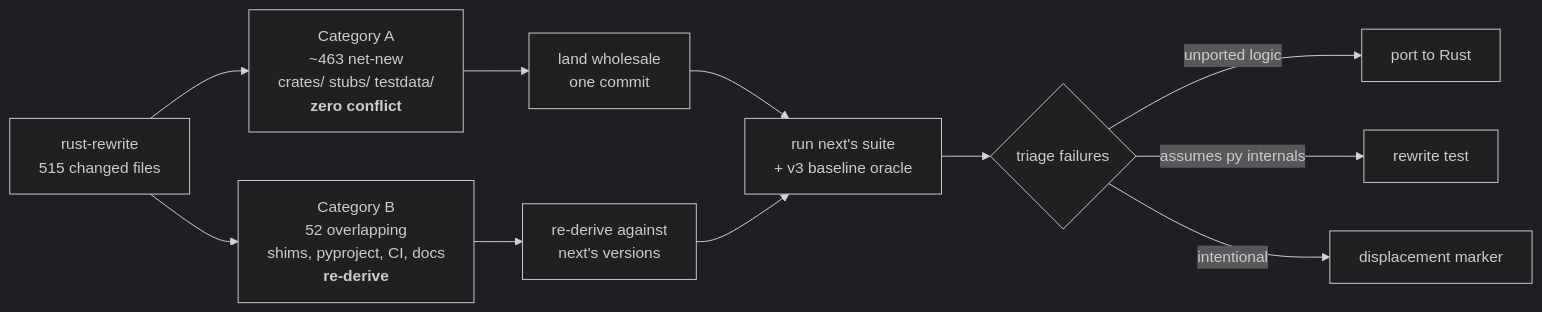
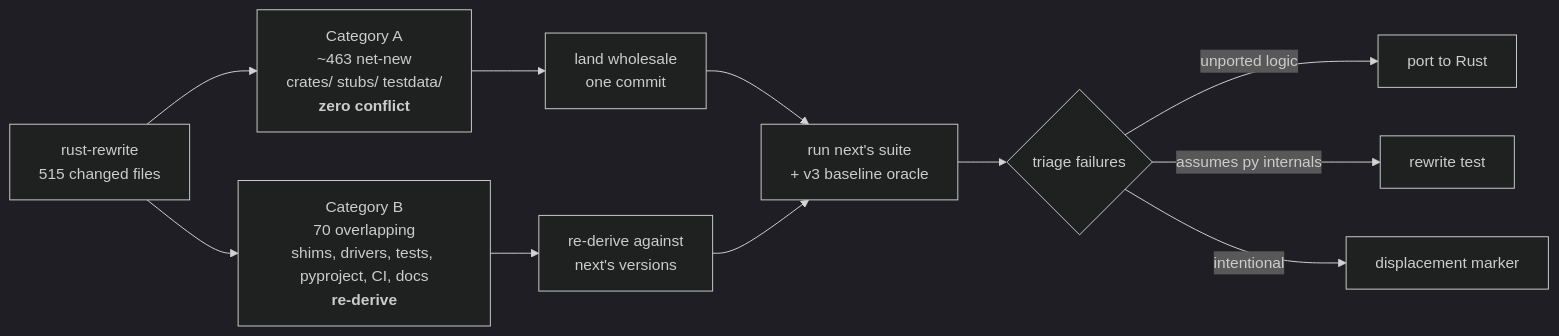
The second of 2 diagrams in docs/plans/rust-rewrite-onto-next.md (netdevops/hier_config), drawn with Mermaid (dark theme) before and after one commit. The commit also changed other lines of this file and 9 other files, not shown here.

````diff
--- a/docs/plans/rust-rewrite-onto-next.md
+++ b/docs/plans/rust-rewrite-onto-next.md
@@ -163,13 +173,13 @@
 ```mermaid
 flowchart LR
     R[rust-rewrite<br/>515 changed files] --> A["Category A<br/>~463 net-new<br/>crates/ stubs/ testdata/<br/><b>zero conflict</b>"]
-    R --> B["Category B<br/>52 overlapping<br/>shims, pyproject, CI, docs<br/><b>re-derive</b>"]
+    R --> B["Category B<br/>70 overlapping<br/>shims, drivers, tests, pyproject, CI, docs<br/><b>re-derive</b>"]
     A --> L[land wholesale<br/>one commit]
     B --> D[re-derive against<br/>next's versions]
     L --> V[run next's suite<br/>+ v3 baseline oracle]
     D --> V
     V --> T{triage failures}
     T -->|unported logic| F[port to Rust]
     T -->|assumes py internals| W[rewrite test]
     T -->|intentional| M[displacement marker]
 ```
````
